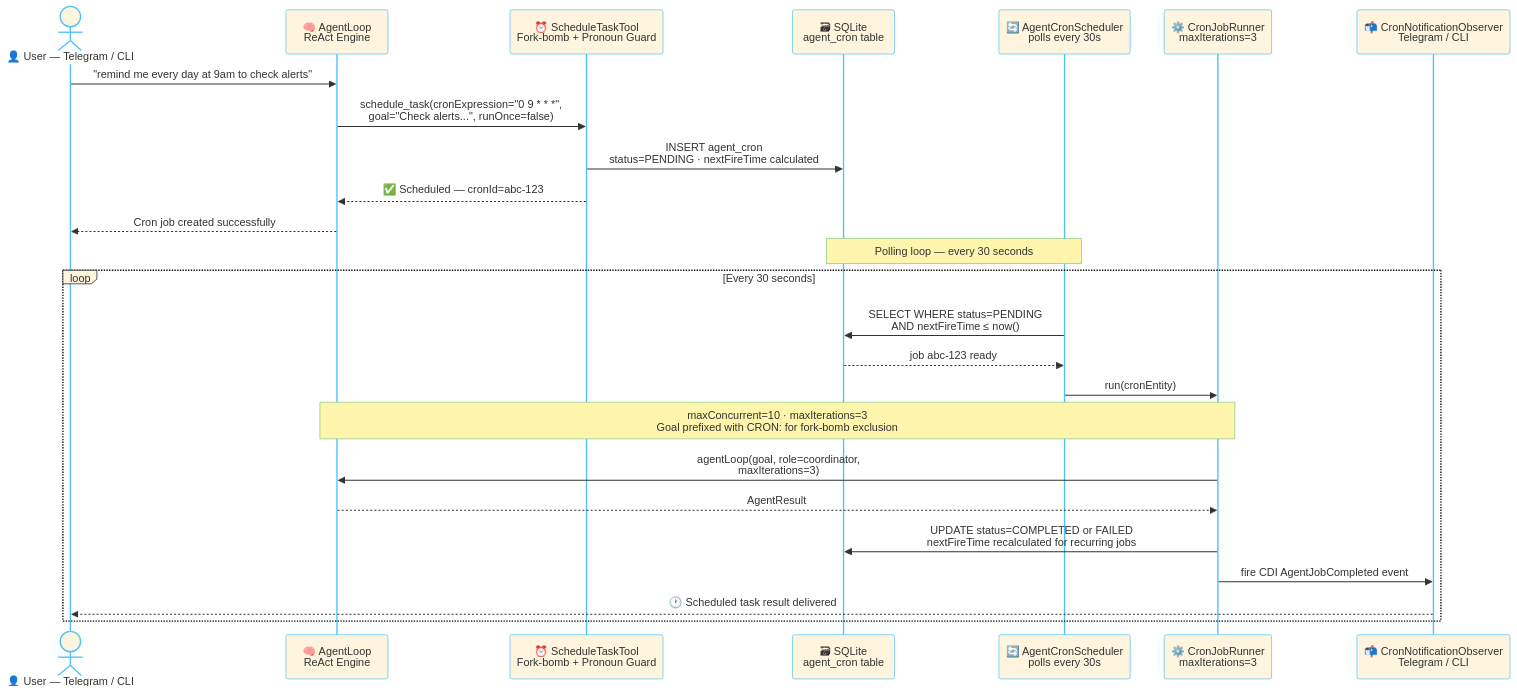
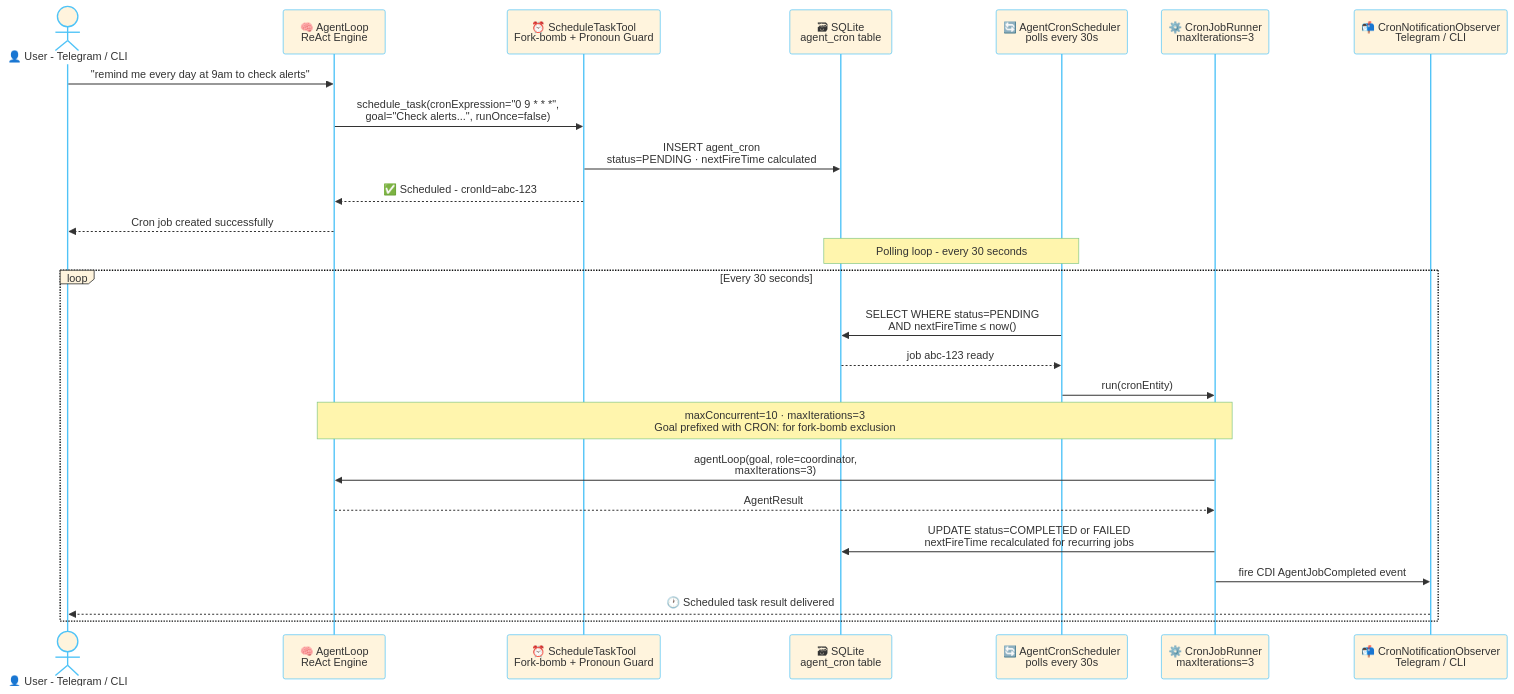
Before and after one commit to rsrini7/AmshaAgent: the sixth of 8 diagrams in README.md, drawn with Mermaid. The commit also changed other lines of this file and 322 other files, not shown here.

````diff
--- a/README.md
+++ b/README.md
@@ -952,31 +952,31 @@
 ```mermaid
 %%{init: {'theme': 'base', 'themeVariables': {'primaryBorderColor': '#4fc3f7', 'lineColor': '#4fc3f7', 'activationBorderColor': '#4fc3f7', 'actorBorder': '#4fc3f7', 'actorLineColor': '#4fc3f7','labelBoxBorderColor': '#0b0c0cff', 'noteBorderColor': '#81c784', 'fontSize': '13px'}}}%%
 sequenceDiagram
-    actor U as 👤 User — Telegram / CLI
+    actor U as 👤 User - Telegram / CLI
     participant AL as 🧠 AgentLoop<br/>ReAct Engine
     participant ST as ⏰ ScheduleTaskTool<br/>Fork-bomb + Pronoun Guard
     participant DB as 🗃 SQLite<br/>agent_cron table
     participant CS as 🔄 AgentCronScheduler<br/>polls every 30s
     participant CJR as ⚙️ CronJobRunner<br/>maxIterations=3
     participant TN as 📬 CronNotificationObserver<br/>Telegram / CLI
 
     U->>AL: "remind me every day at 9am to check alerts"
     AL->>ST: schedule_task(cronExpression="0 9 * * *",<br/>goal="Check alerts...", runOnce=false)
     ST->>DB: INSERT agent_cron<br/>status=PENDING · nextFireTime calculated
-    ST-->>AL: ✅ Scheduled — cronId=abc-123
+    ST-->>AL: ✅ Scheduled - cronId=abc-123
     AL-->>U: Cron job created successfully
 
-    Note over CS,DB: Polling loop — every 30 seconds
+    Note over CS,DB: Polling loop - every 30 seconds
 
     loop Every 30 seconds
         CS->>DB: SELECT WHERE status=PENDING<br/>AND nextFireTime ≤ now()
         DB-->>CS: job abc-123 ready
         CS->>CJR: run(cronEntity)
         Note over CJR,AL: maxConcurrent=10 · maxIterations=3<br/>Goal prefixed with CRON: for fork-bomb exclusion
         CJR->>AL: agentLoop(goal, role=coordinator,<br/>maxIterations=3)
         AL-->>CJR: AgentResult
         CJR->>DB: UPDATE status=COMPLETED or FAILED<br/>nextFireTime recalculated for recurring jobs
         CJR->>TN: fire CDI AgentJobCompleted event
         TN-->>U: 🕐 Scheduled task result delivered
     end
 ```
````
